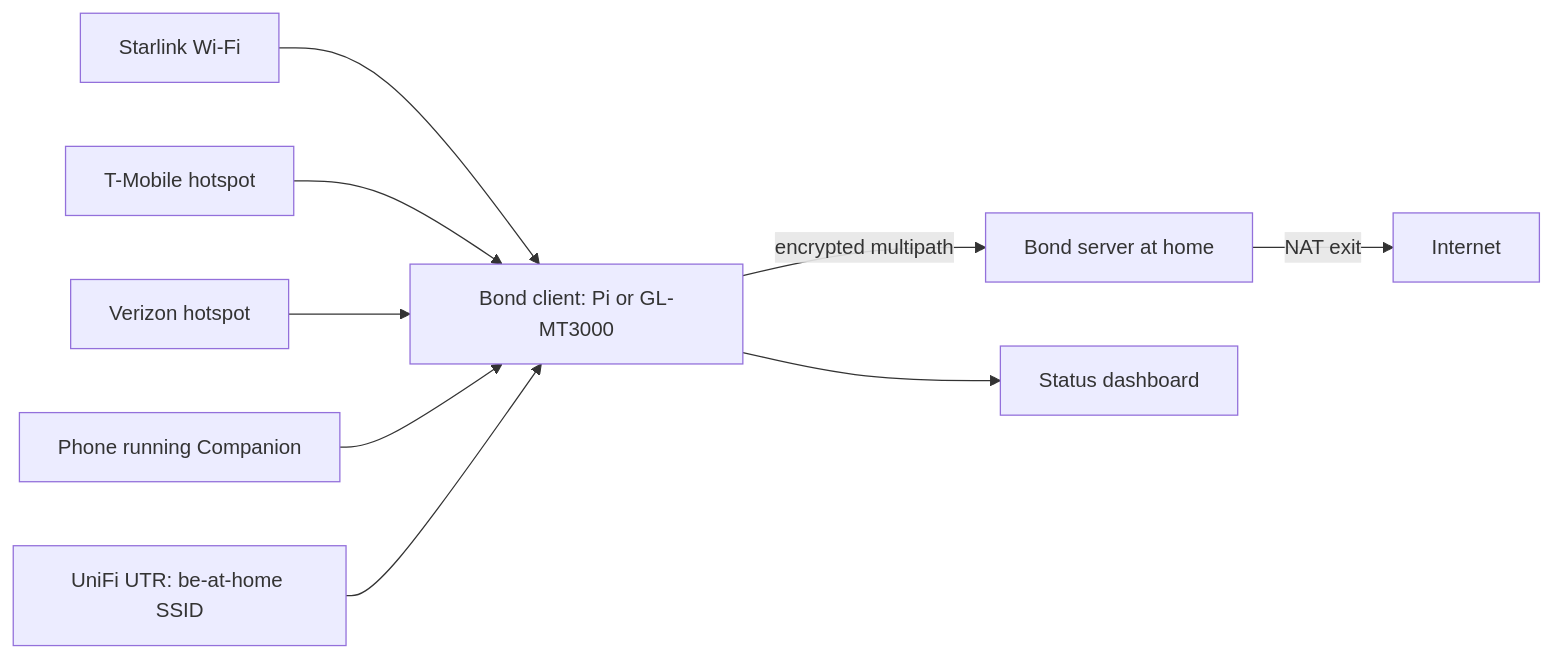
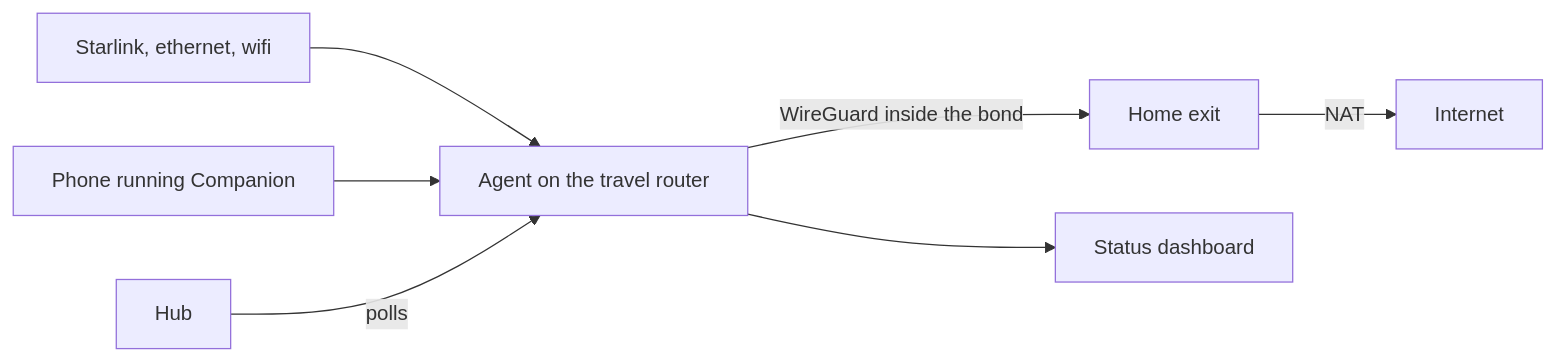
One commit to quadseven/zippie changed the diagram in README.md. Above: the diagram before and after it, drawn with Mermaid. The commit also changed other lines of this file and 3 other files, not shown here.

````diff
--- a/README.md
+++ b/README.md
@@ -81,11 +48,9 @@
 ```mermaid
 flowchart LR
-  SL[Starlink Wi-Fi] --> C
-  TM[T-Mobile hotspot] --> C
-  VZ[Verizon hotspot] --> C
+  L[Starlink, ethernet, wifi] --> C
   PH[Phone running Companion] --> C
-  C[Bond client: Pi or GL-MT3000] -->|encrypted multipath| S[Bond server at home]
-  S -->|NAT exit| NET[Internet]
-  UTR[UniFi UTR: be-at-home SSID] --> C
+  C[Agent on the travel router] -->|WireGuard inside the bond| S[Home exit]
+  S -->|NAT| NET[Internet]
   C --> D[Status dashboard]
+  H[Hub] -->|polls| C
 ```
````
